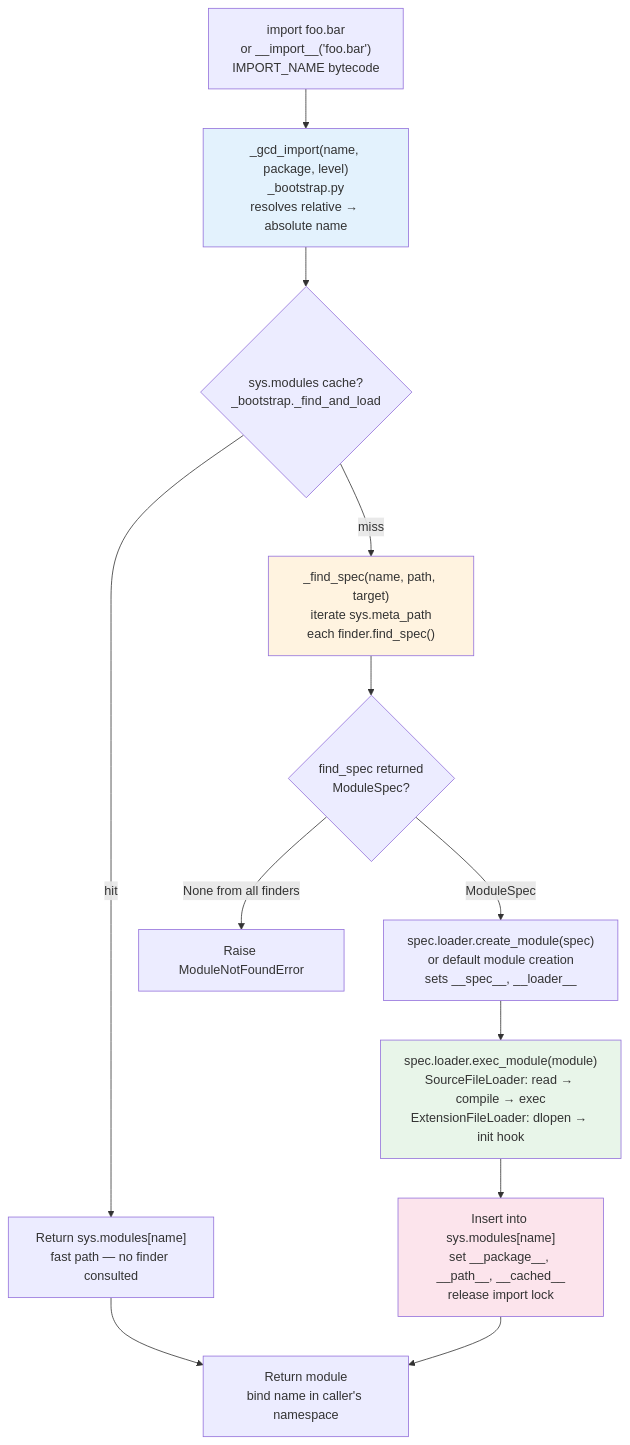
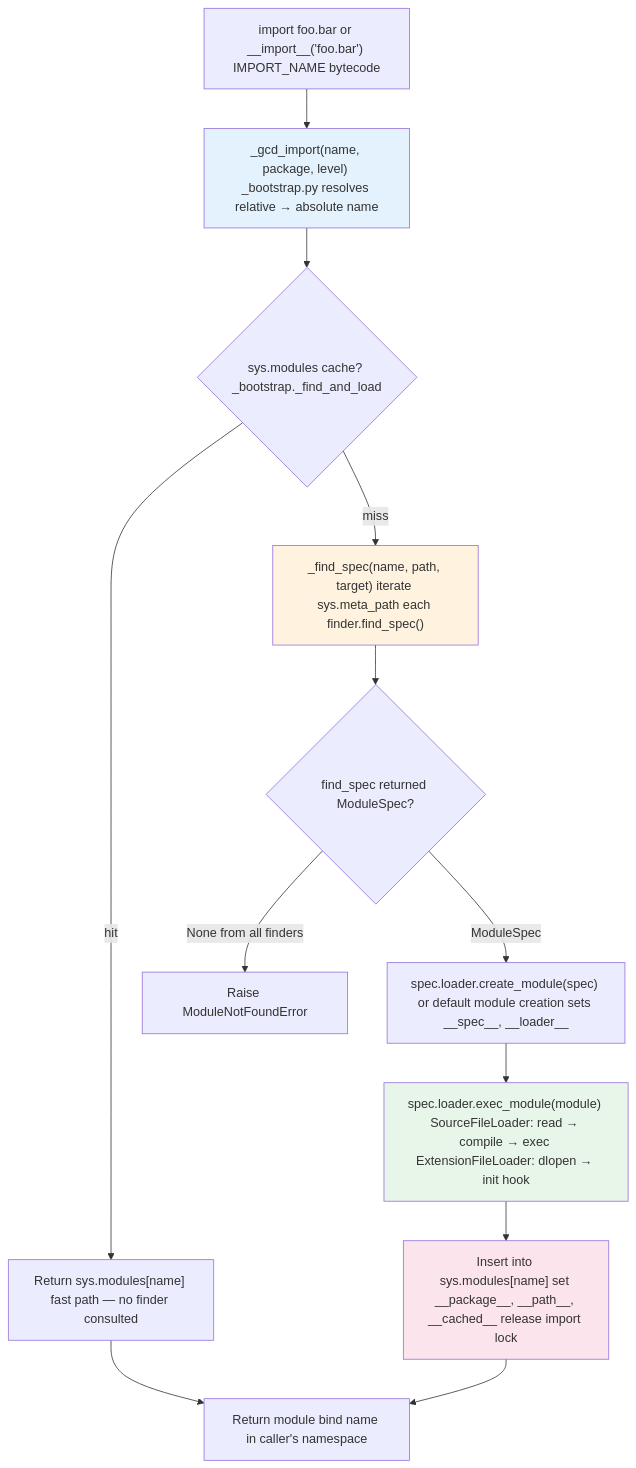
Before and after one commit to bumbsclaw/textbooks: the first of 6 diagrams in vol-16-python-cpython-internals/ch09-import-system.md, drawn with Mermaid. The commit also changed other lines of this file and 9 other files, not shown here.

First line of the commit message:
fix(pdf, mermaid): syntax-highlighted code blocks + diagram label fixes

````diff
--- a/vol-16-python-cpython-internals/ch09-import-system.md
+++ b/vol-16-python-cpython-internals/ch09-import-system.md
@@ -96,25 +96,25 @@
 ```mermaid
 flowchart TB
-    SRC["import foo.bar<br/>or __import__('foo.bar')<br/>IMPORT_NAME bytecode"]
-    GCD["_gcd_import(name, package, level)<br/>_bootstrap.py<br/>resolves relative → absolute name"]
-    LOCK{"sys.modules cache?<br/>_bootstrap._find_and_load"}
-    HIT["Return sys.modules[name]<br/>fast path — no finder consulted"]
-    FIND["_find_spec(name, path, target)<br/>iterate sys.meta_path<br/>each finder.find_spec()"]
-    SPEC{"find_spec returned<br/>ModuleSpec?"}
+    SRC["import foo.bar or __import__('foo.bar') IMPORT_NAME bytecode"]
+    GCD["_gcd_import(name, package, level) _bootstrap.py resolves relative → absolute name"]
+    LOCK{"sys.modules cache? _bootstrap._find_and_load"}
+    HIT["Return sys.modules[name] fast path — no finder consulted"]
+    FIND["_find_spec(name, path, target) iterate sys.meta_path each finder.find_spec()"]
+    SPEC{"find_spec returned ModuleSpec?"}
     MISS["Raise ModuleNotFoundError"]
-    CREATE["spec.loader.create_module(spec)<br/>or default module creation<br/>sets __spec__, __loader__"]
-    EXEC["spec.loader.exec_module(module)<br/>SourceFileLoader: read → compile → exec<br/>ExtensionFileLoader: dlopen → init hook"]
-    CACHE["Insert into sys.modules[name]<br/>set __package__, __path__, __cached__<br/>release import lock"]
-    RET["Return module<br/>bind name in caller's namespace"]
+    CREATE["spec.loader.create_module(spec) or default module creation sets __spec__, __loader__"]
+    EXEC["spec.loader.exec_module(module) SourceFileLoader: read → compile → exec ExtensionFileLoader: dlopen → init hook"]
+    CACHE["Insert into sys.modules[name] set __package__, __path__, __cached__ release import lock"]
+    RET["Return module bind name in caller's namespace"]
 
     SRC --> GCD --> LOCK
     LOCK -->|hit| HIT --> RET
     LOCK -->|miss| FIND --> SPEC
     SPEC -->|None from all finders| MISS
     SPEC -->|ModuleSpec| CREATE --> EXEC --> CACHE --> RET
 
     style GCD fill:#e3f2fd
     style FIND fill:#fff3e0
     style EXEC fill:#e8f5e9
     style CACHE fill:#fce4ec
 ```
````
